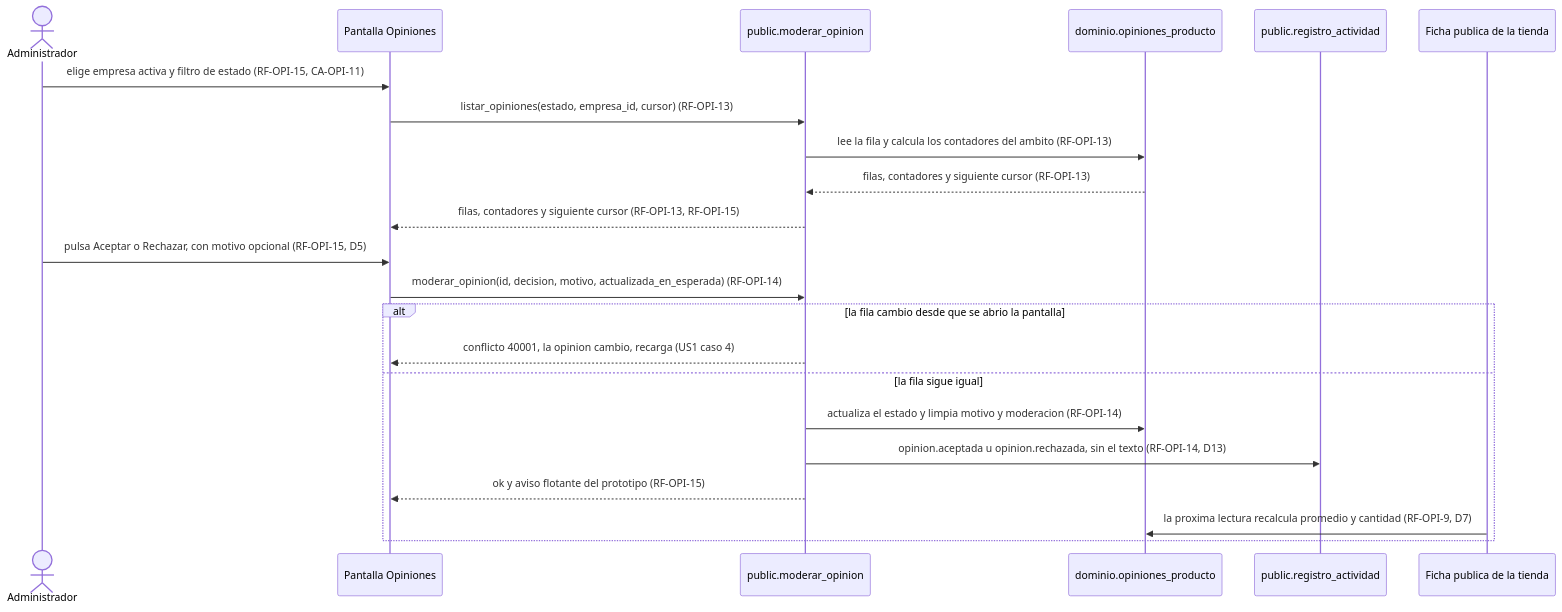
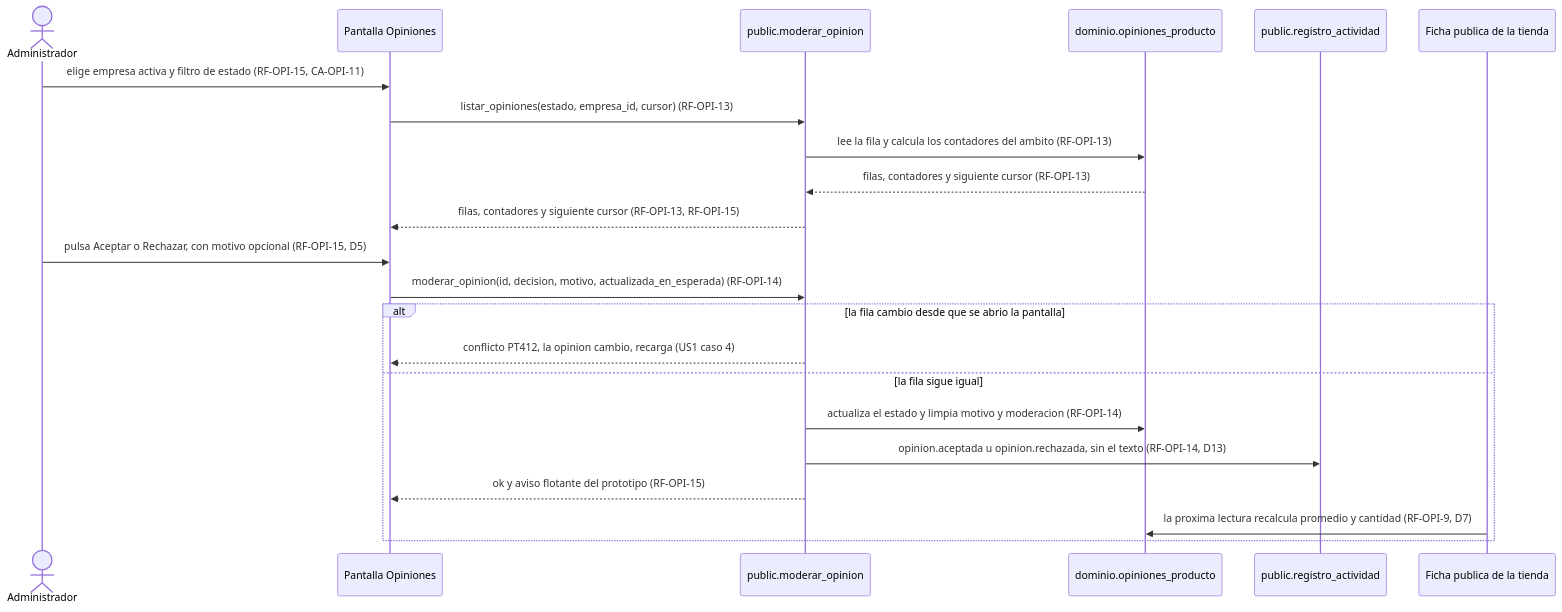
One commit to nicolasjones/multistorefront-meli changed the third of 5 diagrams in specs/20270328-100000-opiniones-de-productos/spec.md. Above: the diagram before and after it, drawn with Mermaid. The commit also changed other lines of this file and 51 other files, not shown here.

````diff
--- a/specs/20270328-100000-opiniones-de-productos/spec.md
+++ b/specs/20270328-100000-opiniones-de-productos/spec.md
@@ -371,24 +371,24 @@
 ```mermaid
 sequenceDiagram
     actor A as Administrador
     participant P as Pantalla Opiniones
     participant R as public.moderar_opinion
     participant D as dominio.opiniones_producto
     participant X as public.registro_actividad
     participant T as Ficha publica de la tienda
     A->>P: elige empresa activa y filtro de estado (RF-OPI-15, CA-OPI-11)
     P->>R: listar_opiniones(estado, empresa_id, cursor) (RF-OPI-13)
     R->>D: lee la fila y calcula los contadores del ambito (RF-OPI-13)
     D-->>R: filas, contadores y siguiente cursor (RF-OPI-13)
     R-->>P: filas, contadores y siguiente cursor (RF-OPI-13, RF-OPI-15)
     A->>P: pulsa Aceptar o Rechazar, con motivo opcional (RF-OPI-15, D5)
     P->>R: moderar_opinion(id, decision, motivo, actualizada_en_esperada) (RF-OPI-14)
     alt la fila cambio desde que se abrio la pantalla
-        R-->>P: conflicto 40001, la opinion cambio, recarga (US1 caso 4)
+        R-->>P: conflicto PT412, la opinion cambio, recarga (US1 caso 4)
     else la fila sigue igual
         R->>D: actualiza el estado y limpia motivo y moderacion (RF-OPI-14)
         R->>X: opinion.aceptada u opinion.rechazada, sin el texto (RF-OPI-14, D13)
         R-->>P: ok y aviso flotante del prototipo (RF-OPI-15)
         T->>D: la proxima lectura recalcula promedio y cantidad (RF-OPI-9, D7)
     end
 ```
````
